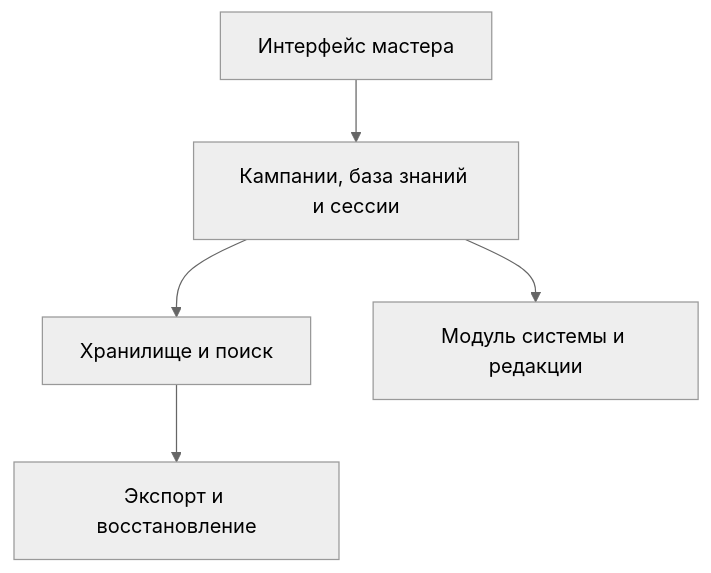
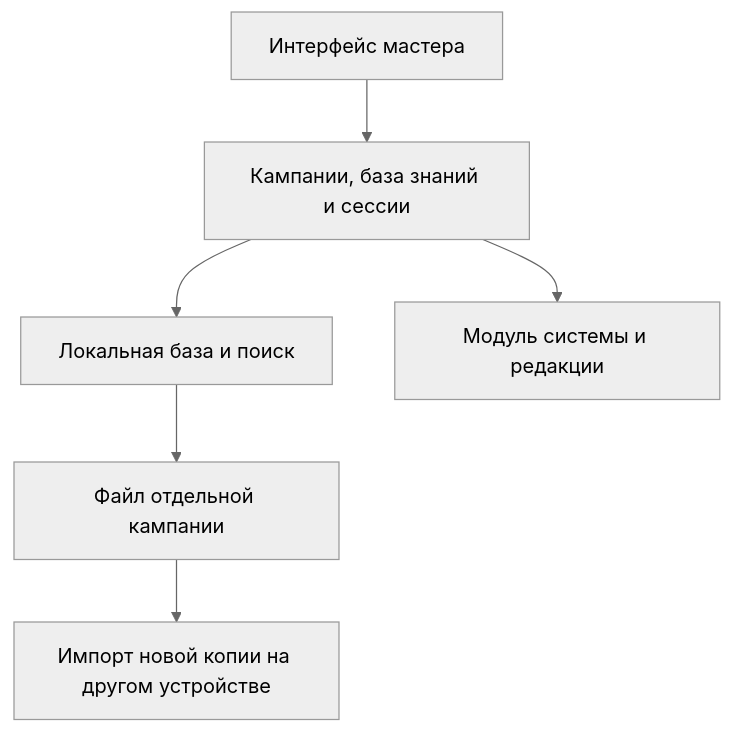
One commit to Csadow/dm-workbench changed the diagram in docs/architecture.md. Above: the diagram before and after it, drawn with Mermaid (neutral theme). The commit also changed other lines of this file and 6 other files, not shown here.

````diff
--- a/docs/architecture.md
+++ b/docs/architecture.md
@@ -11,7 +11,8 @@
 ```mermaid
 flowchart TD
     UI[Интерфейс мастера] --> Core[Кампании, база знаний и сессии]
-    Core --> Store[Хранилище и поиск]
+    Core --> Store[Локальная база и поиск]
     Core --> Rules[Модуль системы и редакции]
-    Store --> Backup[Экспорт и восстановление]
+    Store --> Backup[Файл отдельной кампании]
+    Backup --> Import[Импорт новой копии на другом устройстве]
 ```
````
